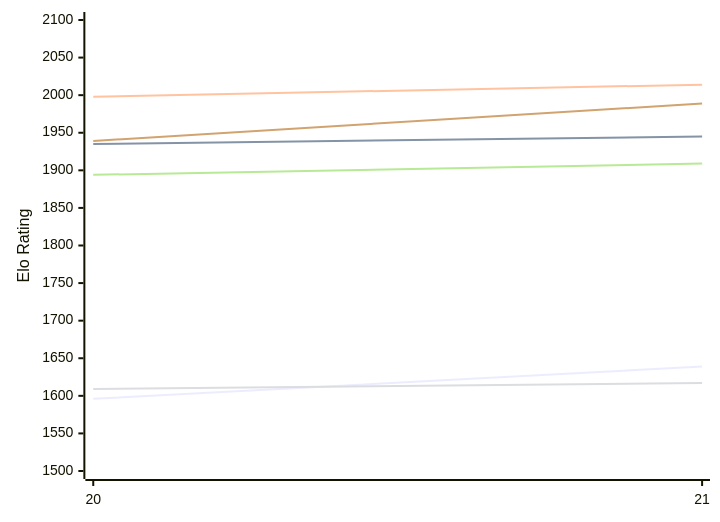
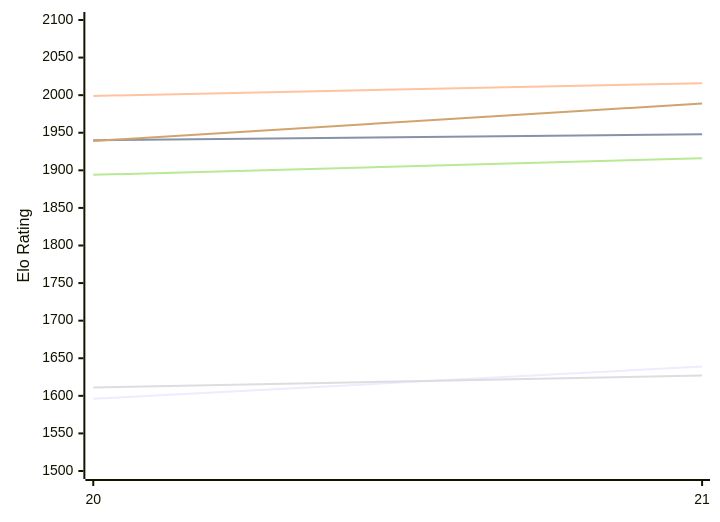
The first of 2 diagrams in engines/PurplePanda.md (computer-chess-index/cci), drawn with Mermaid before and after one commit. The commit also changed other lines of this file, not shown here.

Commit message:
Update CCI Ratings (ELO VLTC) - 2026-11-26

````diff
--- a/engines/PurplePanda.md
+++ b/engines/PurplePanda.md
@@ -50,12 +50,12 @@
 ```mermaid
 %%{init: {"theme":"base","themeVariables":{"seriesColors:['#a3a3a3','#222221','#faa371']}}}%%
 xychart-beta
   x-axis ["20", "21"]
   y-axis "Elo Rating" 1500 --> 2100
   line "E1: STC (8.0+0.08s)" [1596, 1639]
-  line "E1: LTC (60.0+0.60s)" [1935, 1945]
-  line "E1: VLTC (2m24s+1.12s)" [1998, 2014]
-  line "P1: STC (8.0+0.08s)" [1609, 1617]
-  line "P1: LTC (60.0+0.60s)" [1894, 1909]
+  line "E1: LTC (60.0+0.60s)" [1940, 1948]
+  line "E1: VLTC (2m24s+1.12s)" [1999, 2016]
+  line "P1: STC (8.0+0.08s)" [1611, 1627]
+  line "P1: LTC (60.0+0.60s)" [1894, 1916]
   line "P1: VLTC (2m24s+1.12s)" [1939, 1989]
 ```
````
